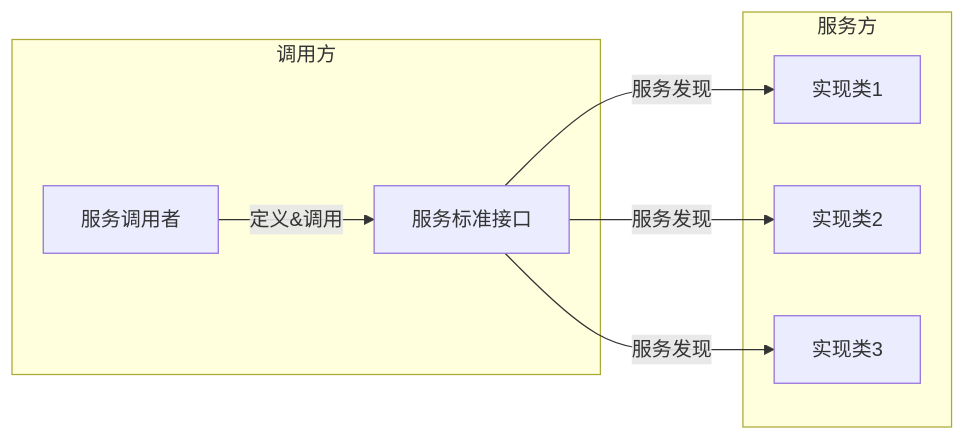
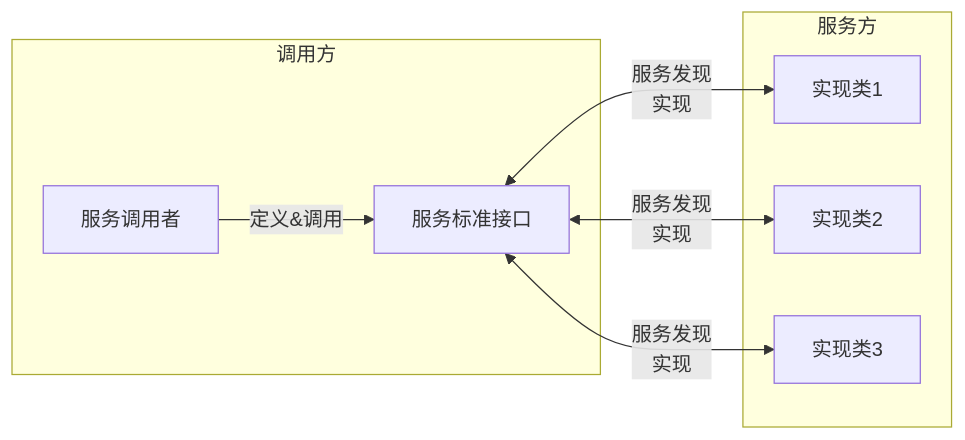
Before and after one commit to whiteChen233/whitechen233.github.io: the first of 2 diagrams in docs/zh/note/back-end/java/SPI.md, drawn with Mermaid. The commit also changed other lines of this file, not shown here.

Commit message:
docs(note): update java spi

````diff
--- a/docs/zh/note/back-end/java/SPI.md
+++ b/docs/zh/note/back-end/java/SPI.md
@@ -16,14 +16,14 @@
 ```mermaid
-graph LR
+flowchart LR
   subgraph 调用方
-  服务调用者--定义&调用-->A[服务标准接口]
+  服务调用者 -- 定义&调用 --> A[服务标准接口]
   end
   subgraph 服务方
   B[实现类1]
   C[实现类2]
   D[实现类3]
   end
-  A--服务发现-->B
-  A--服务发现-->C
-  A--服务发现-->D
+  A <-- 服务发现 \n 实现 --> B
+  A <-- 服务发现 \n 实现 --> C
+  A <-- 服务发现 \n 实现 --> D
 ```
````
